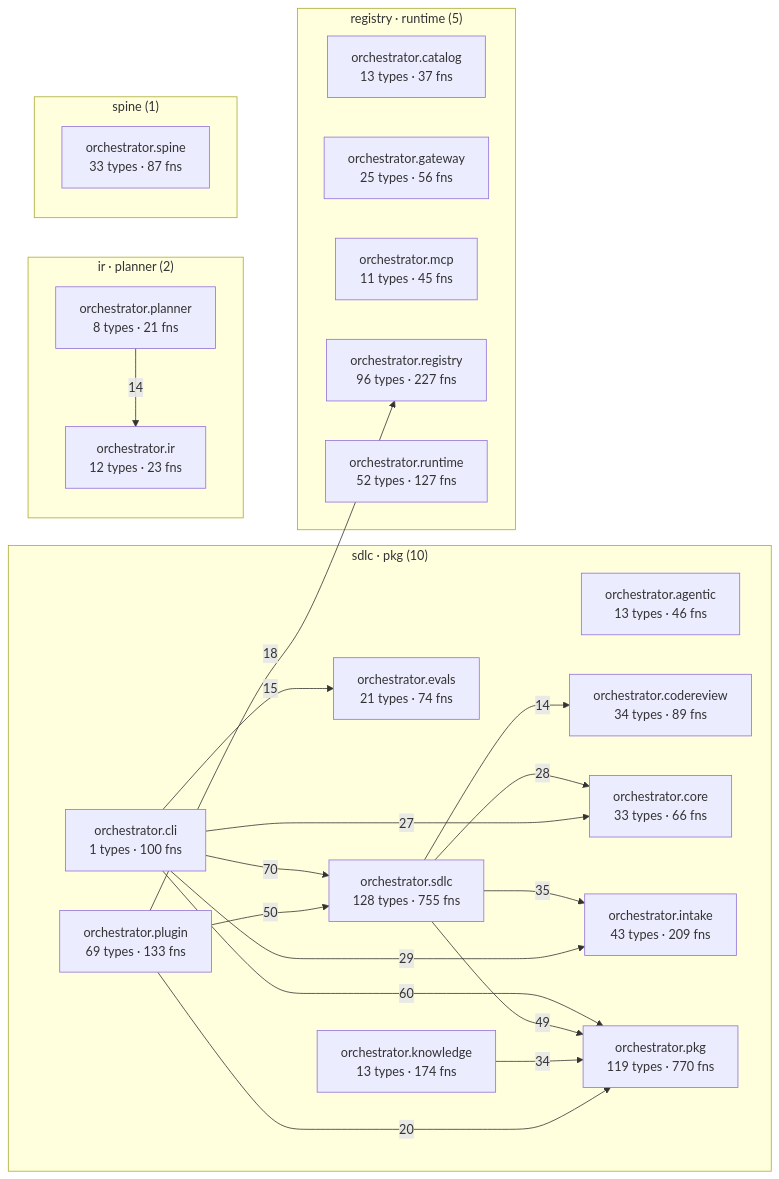
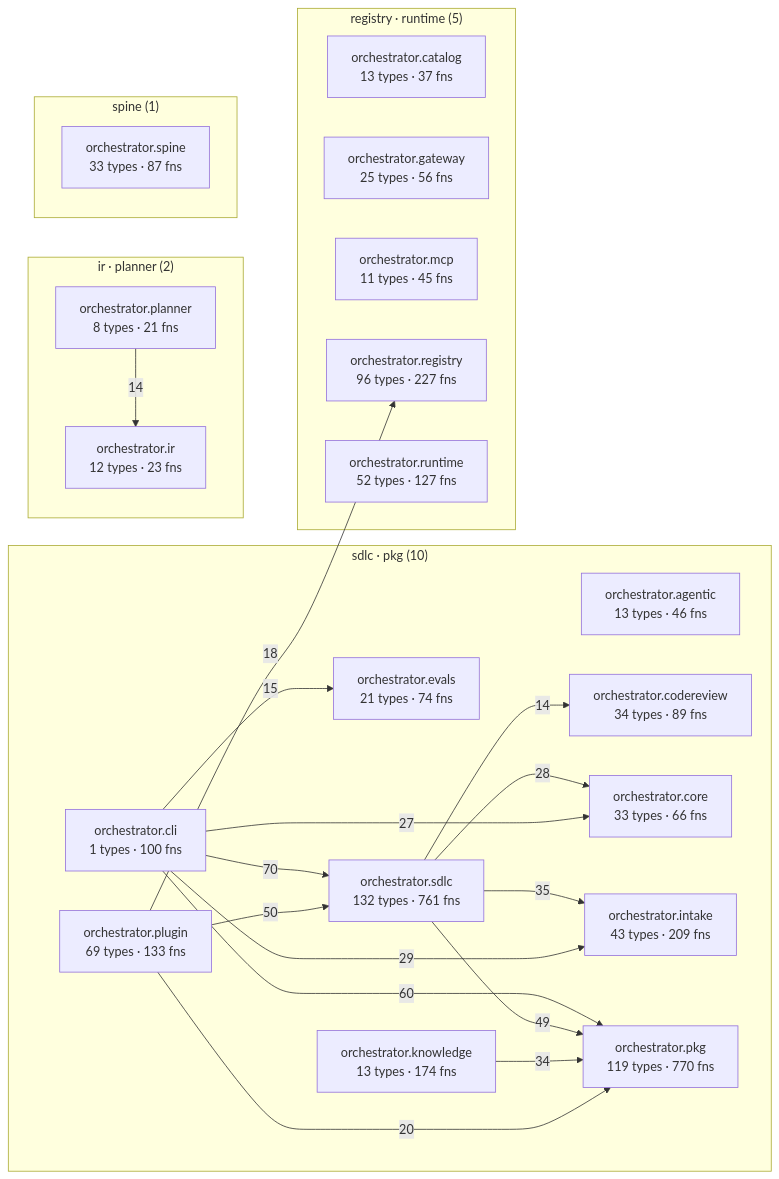
The diagram in episteme/architecture.md (palakupadhyay23/spine), drawn with Mermaid before and after one commit. The commit also changed other lines of this file and 39 other files, not shown here.

````diff
--- a/episteme/architecture.md
+++ b/episteme/architecture.md
@@ -54,43 +54,43 @@
 ```mermaid
 flowchart LR
   subgraph c_2["sdlc · pkg (10)"]
     aorchestratoragentic["orchestrator.agentic<br/>13 types · 46 fns"]
     aorchestratorcli["orchestrator.cli<br/>1 types · 100 fns"]
     aorchestratorcodereview["orchestrator.codereview<br/>34 types · 89 fns"]
     aorchestratorcore["orchestrator.core<br/>33 types · 66 fns"]
     aorchestratorevals["orchestrator.evals<br/>21 types · 74 fns"]
     aorchestratorintake["orchestrator.intake<br/>43 types · 209 fns"]
     aorchestratorknowledge["orchestrator.knowledge<br/>13 types · 174 fns"]
     aorchestratorpkg["orchestrator.pkg<br/>119 types · 770 fns"]
     aorchestratorplugin["orchestrator.plugin<br/>69 types · 133 fns"]
-    aorchestratorsdlc["orchestrator.sdlc<br/>128 types · 755 fns"]
+    aorchestratorsdlc["orchestrator.sdlc<br/>132 types · 761 fns"]
   end
   subgraph c_4["registry · runtime (5)"]
     aorchestratorcatalog["orchestrator.catalog<br/>13 types · 37 fns"]
     aorchestratorgateway["orchestrator.gateway<br/>25 types · 56 fns"]
     aorchestratormcp["orchestrator.mcp<br/>11 types · 45 fns"]
     aorchestratorregistry["orchestrator.registry<br/>96 types · 227 fns"]
     aorchestratorruntime["orchestrator.runtime<br/>52 types · 127 fns"]
   end
   subgraph c_7["ir · planner (2)"]
     aorchestratorir["orchestrator.ir<br/>12 types · 23 fns"]
     aorchestratorplanner["orchestrator.planner<br/>8 types · 21 fns"]
   end
   subgraph c_12["spine (1)"]
     aorchestratorspine["orchestrator.spine<br/>33 types · 87 fns"]
   end
   aorchestratorcli -->|70| aorchestratorsdlc
   aorchestratorcli -->|60| aorchestratorpkg
   aorchestratorplugin -->|50| aorchestratorsdlc
   aorchestratorsdlc -->|49| aorchestratorpkg
   aorchestratorsdlc -->|35| aorchestratorintake
   aorchestratorknowledge -->|34| aorchestratorpkg
   aorchestratorcli -->|29| aorchestratorintake
   aorchestratorsdlc -->|28| aorchestratorcore
   aorchestratorcli -->|27| aorchestratorcore
   aorchestratorplugin -->|20| aorchestratorpkg
   aorchestratorplugin -->|18| aorchestratorregistry
   aorchestratorcli -->|15| aorchestratorevals
   aorchestratorplanner -->|14| aorchestratorir
   aorchestratorsdlc -->|14| aorchestratorcodereview
 ```
````
